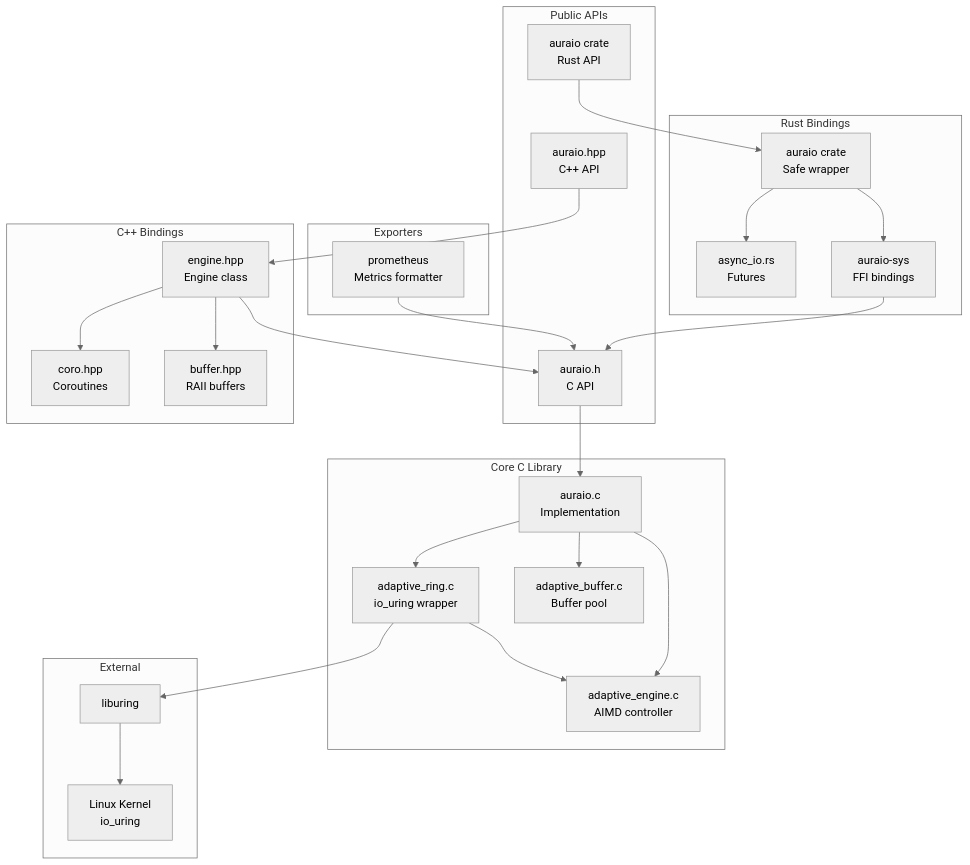
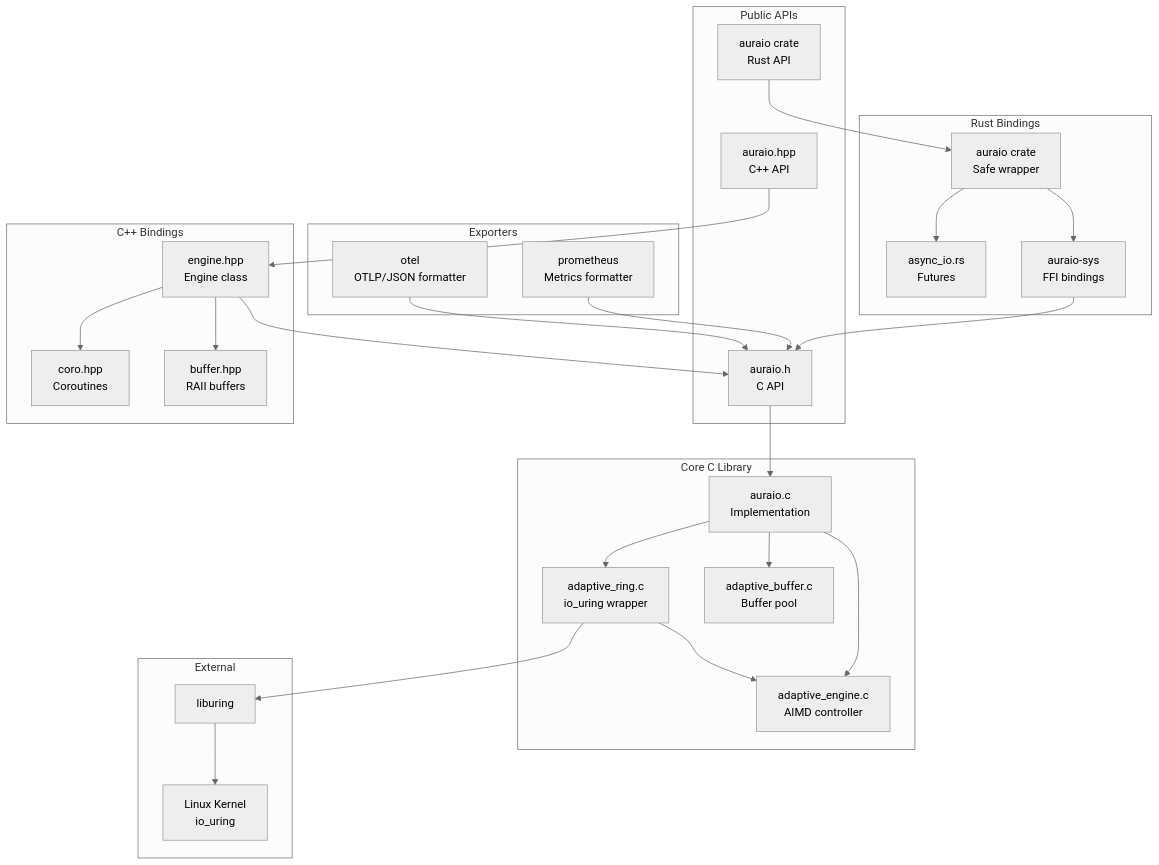
Before and after one commit to Par-B/AuraIO: the first of 5 diagrams in docs/CODEBASE_MAP.md, drawn with Mermaid (neutral theme). The commit also changed other lines of this file and 8 other files, not shown here.

````diff
--- a/docs/CODEBASE_MAP.md
+++ b/docs/CODEBASE_MAP.md
@@ -15,53 +15,55 @@
 ```mermaid
 graph TB
     subgraph "Public APIs"
         CAPI[auraio.h<br/>C API]
         CPPAPI[auraio.hpp<br/>C++ API]
         RustAPI[auraio crate<br/>Rust API]
     end
 
     subgraph "C++ Bindings"
         Engine[engine.hpp<br/>Engine class]
         Coro[coro.hpp<br/>Coroutines]
         CppBuf[buffer.hpp<br/>RAII buffers]
     end
 
     subgraph "Rust Bindings"
         RustSafe[auraio crate<br/>Safe wrapper]
         RustAsync[async_io.rs<br/>Futures]
         RustSys[auraio-sys<br/>FFI bindings]
     end
 
     subgraph "Exporters"
         Prom[prometheus<br/>Metrics formatter]
+        OTel[otel<br/>OTLP/JSON formatter]
     end
 
     subgraph "Core C Library"
         Impl[auraio.c<br/>Implementation]
         Ring[adaptive_ring.c<br/>io_uring wrapper]
         Adaptive[adaptive_engine.c<br/>AIMD controller]
         BufPool[adaptive_buffer.c<br/>Buffer pool]
     end
 
     subgraph "External"
         liburing[liburing]
         Kernel[Linux Kernel<br/>io_uring]
     end
 
     CPPAPI --> Engine
     Engine --> Coro
     Engine --> CppBuf
     Engine --> CAPI
     RustAPI --> RustSafe
     RustSafe --> RustAsync
     RustSafe --> RustSys
     RustSys --> CAPI
     Prom --> CAPI
+    OTel --> CAPI
     CAPI --> Impl
     Impl --> Ring
     Impl --> Adaptive
     Impl --> BufPool
     Ring --> Adaptive
     Ring --> liburing
     liburing --> Kernel
 ```
````
